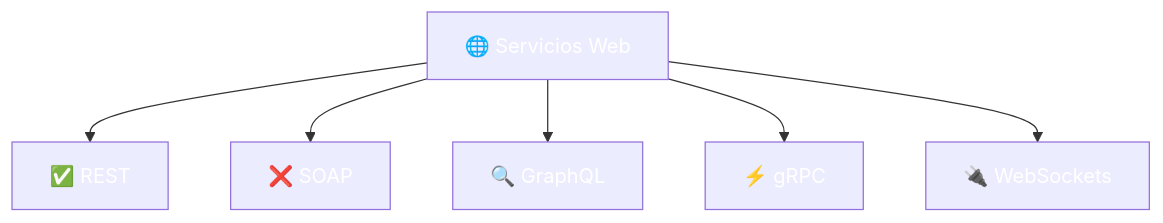
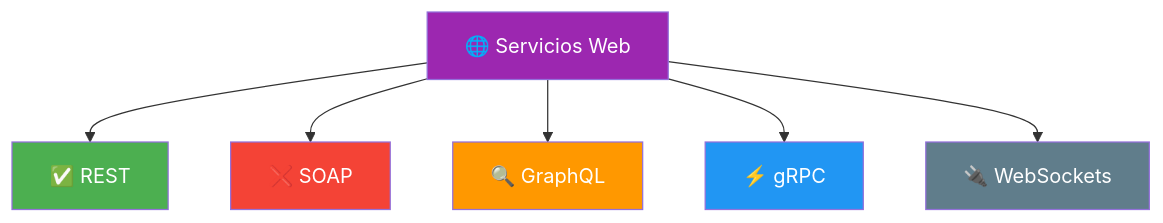
Before and after one commit to joseluisgs/DesarrolloWebEntornosServidor-02-2026-2027: the third of 7 diagrams in 01-conceptos-servicios.md, drawn with Mermaid. The commit also changed other lines of this file and 29 other files, not shown here.

Commit message:
docs: corregir estilos Mermaid y estilo, quitar referencias a la Tienda y reestructurar los retos 13 y 15

````diff
--- a/01-conceptos-servicios.md
+++ b/01-conceptos-servicios.md
@@ -94,14 +94,14 @@
 ```mermaid
 flowchart TD
     A["🌐 Servicios Web"] --> B["✅ REST"]
     A --> C["❌ SOAP"]
     A --> D["🔍 GraphQL"]
     A --> E["⚡ gRPC"]
     A --> F["🔌 WebSockets"]
-    style A fill:#9C27B,color:#fff0,color:#fff
-    style B fill:#4CAF5,color:#fff0,color:#fff
-    style C fill:#f4433,color:#fff6,color:#fff
-    style D fill:#FF980,color:#fff0,color:#fff
-    style E fill:#2196F,color:#fff3,color:#fff
-    style F fill:#607D8,color:#fffB,color:#fff
+    style A fill:#9C27B0,color:#fff
+    style B fill:#4CAF50,color:#fff
+    style C fill:#f44336,color:#fff
+    style D fill:#FF9800,color:#fff
+    style E fill:#2196F3,color:#fff
+    style F fill:#607D8B,color:#fff
 ```
````
